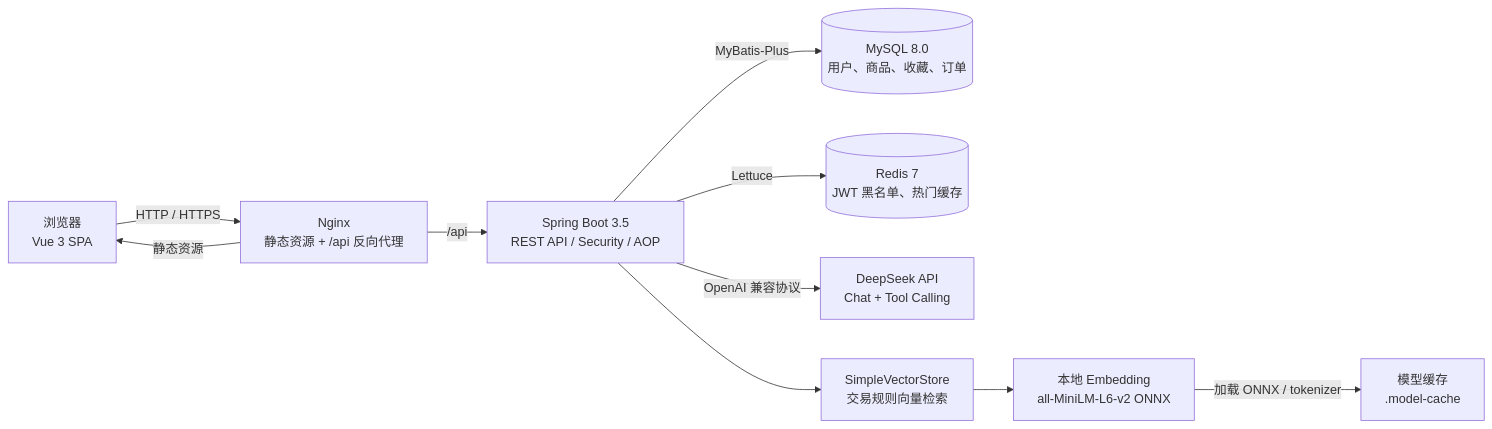
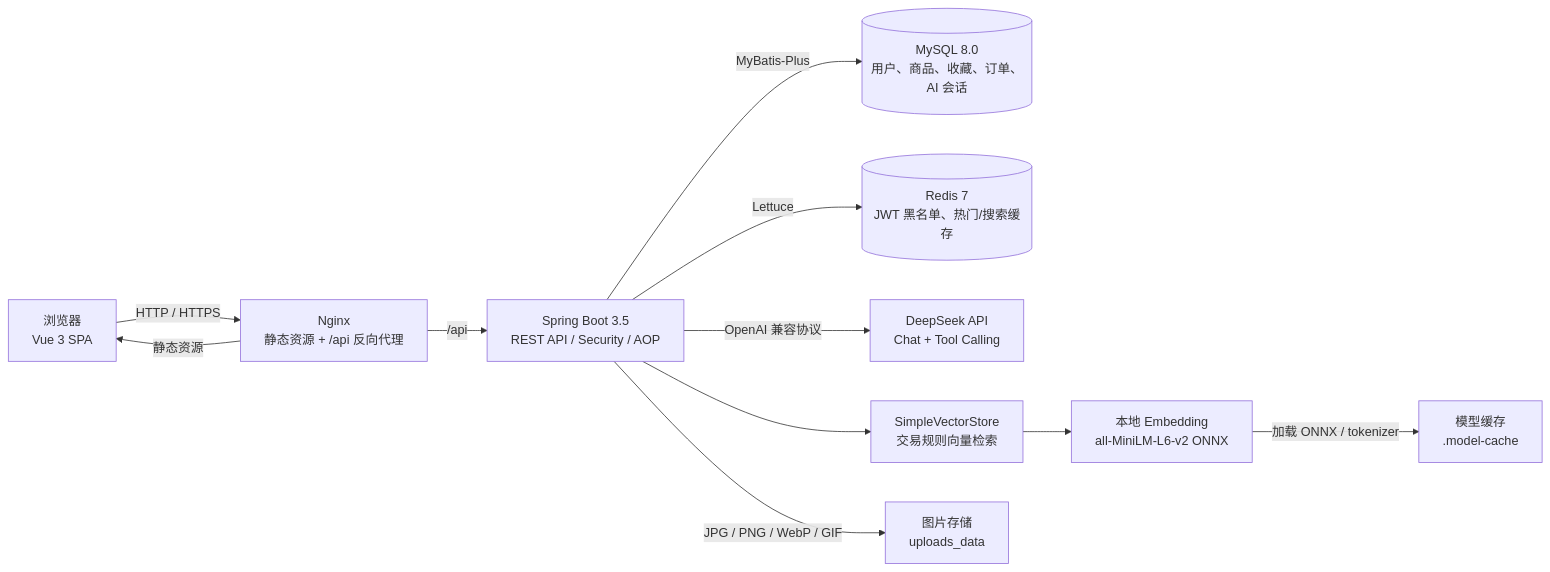
One commit to DoubleliuOne/campus-ai-market changed the diagram in docs/architecture.md. Above: the diagram before and after it, drawn with Mermaid. The commit also changed other lines of this file and 77 other files, not shown here.

````diff
--- a/docs/architecture.md
+++ b/docs/architecture.md
@@ -3,22 +3,24 @@
 ```mermaid
 flowchart LR
     Browser["浏览器<br/>Vue 3 SPA"]
     Nginx["Nginx<br/>静态资源 + /api 反向代理"]
     Backend["Spring Boot 3.5<br/>REST API / Security / AOP"]
-    MySQL[("MySQL 8.0<br/>用户、商品、收藏、订单")]
-    Redis[("Redis 7<br/>JWT 黑名单、热门缓存")]
+    MySQL[("MySQL 8.0<br/>用户、商品、收藏、订单、AI 会话")]
+    Redis[("Redis 7<br/>JWT 黑名单、热门/搜索缓存")]
     DeepSeek["DeepSeek API<br/>Chat + Tool Calling"]
     Embedding["本地 Embedding<br/>all-MiniLM-L6-v2 ONNX"]
     VectorStore["SimpleVectorStore<br/>交易规则向量检索"]
     ModelCache["模型缓存<br/>.model-cache"]
+    Uploads["图片存储<br/>uploads_data"]
 
     Browser -->|"HTTP / HTTPS"| Nginx
     Nginx -->|"静态资源"| Browser
     Nginx -->|"/api"| Backend
     Backend -->|"MyBatis-Plus"| MySQL
     Backend -->|"Lettuce"| Redis
     Backend -->|"OpenAI 兼容协议"| DeepSeek
+    Backend -->|"JPG / PNG / WebP / GIF"| Uploads
     Backend --> VectorStore
     VectorStore --> Embedding
     Embedding -->|"加载 ONNX / tokenizer"| ModelCache
 ```
````
